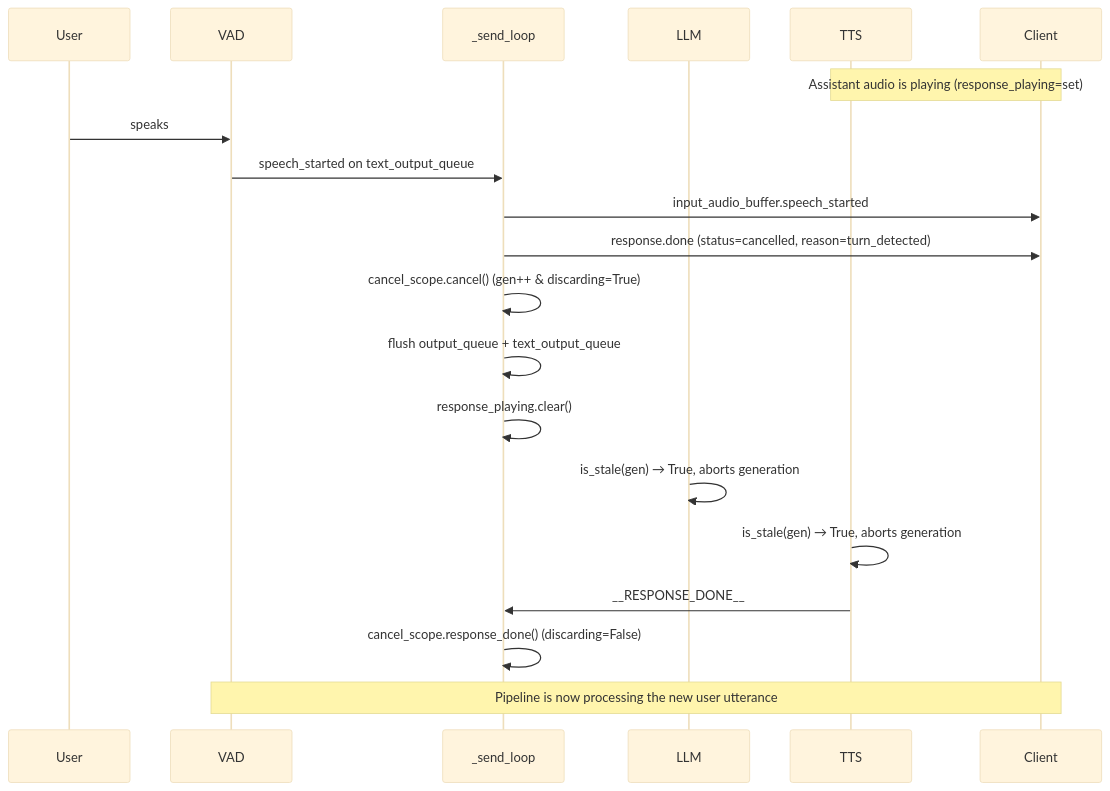
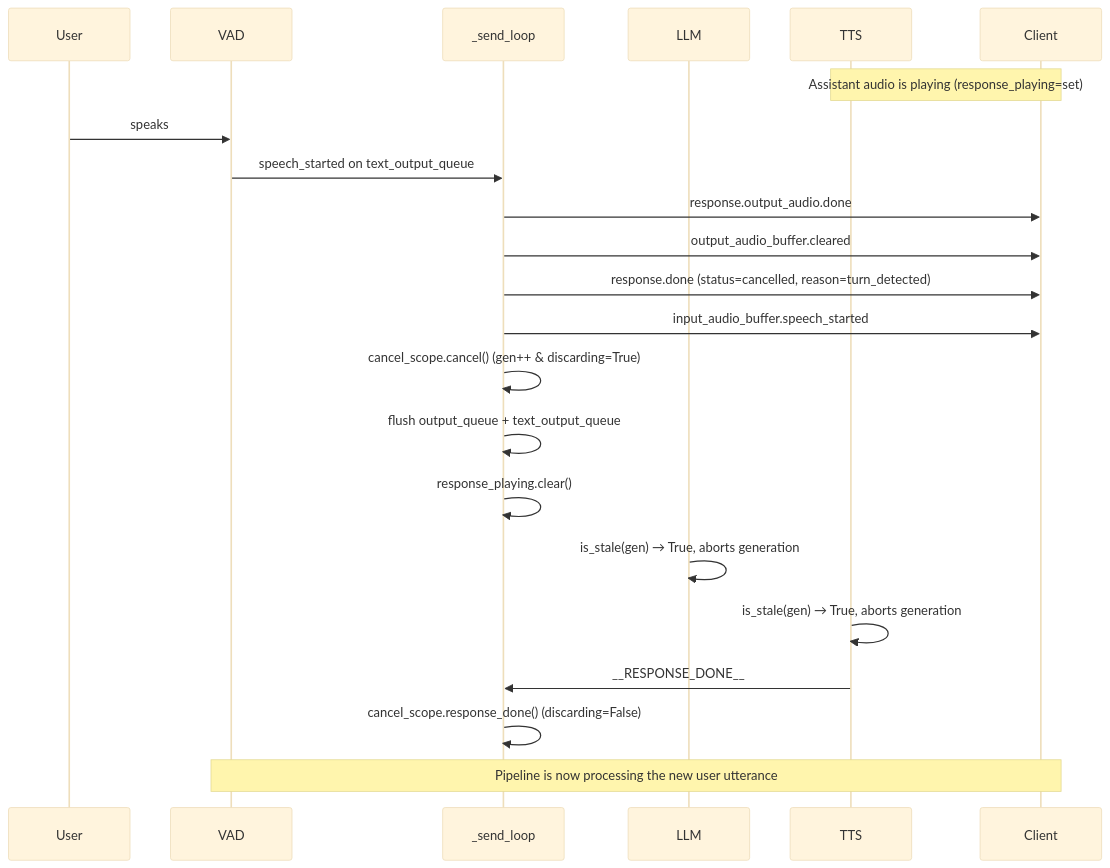
The second of 2 diagrams in src/speech_to_speech/api/openai_realtime/README.md (JavidAAA/Convert_Speech), drawn with Mermaid (base theme) before and after one commit. The commit also changed other lines of this file and 7 other files, not shown here.

Commit message:
Emit output buffer clear on interruption

````diff
--- a/src/speech_to_speech/api/openai_realtime/README.md
+++ b/src/speech_to_speech/api/openai_realtime/README.md
@@ -134,23 +135,25 @@
 ```mermaid
 sequenceDiagram
     participant User
     participant VAD
     participant SendLoop as _send_loop
     participant LLM
     participant TTS
     participant Client
 
     Note over TTS,Client: Assistant audio is playing (response_playing=set)
     User->>VAD: speaks
     VAD->>SendLoop: speech_started on text_output_queue
+    SendLoop->>Client: response.output_audio.done
+    SendLoop->>Client: output_audio_buffer.cleared
+    SendLoop->>Client: response.done (status=cancelled, reason=turn_detected)
     SendLoop->>Client: input_audio_buffer.speech_started
-    SendLoop->>Client: response.done (status=cancelled, reason=turn_detected)
     SendLoop->>SendLoop: cancel_scope.cancel() (gen++ & discarding=True)
     SendLoop->>SendLoop: flush output_queue + text_output_queue
     SendLoop->>SendLoop: response_playing.clear()
     LLM->>LLM: is_stale(gen) → True, aborts generation
     TTS->>TTS: is_stale(gen) → True, aborts generation
     TTS->>SendLoop: __RESPONSE_DONE__
     SendLoop->>SendLoop: cancel_scope.response_done() (discarding=False)
     Note over VAD,Client: Pipeline is now processing the new user utterance
 ```
````
